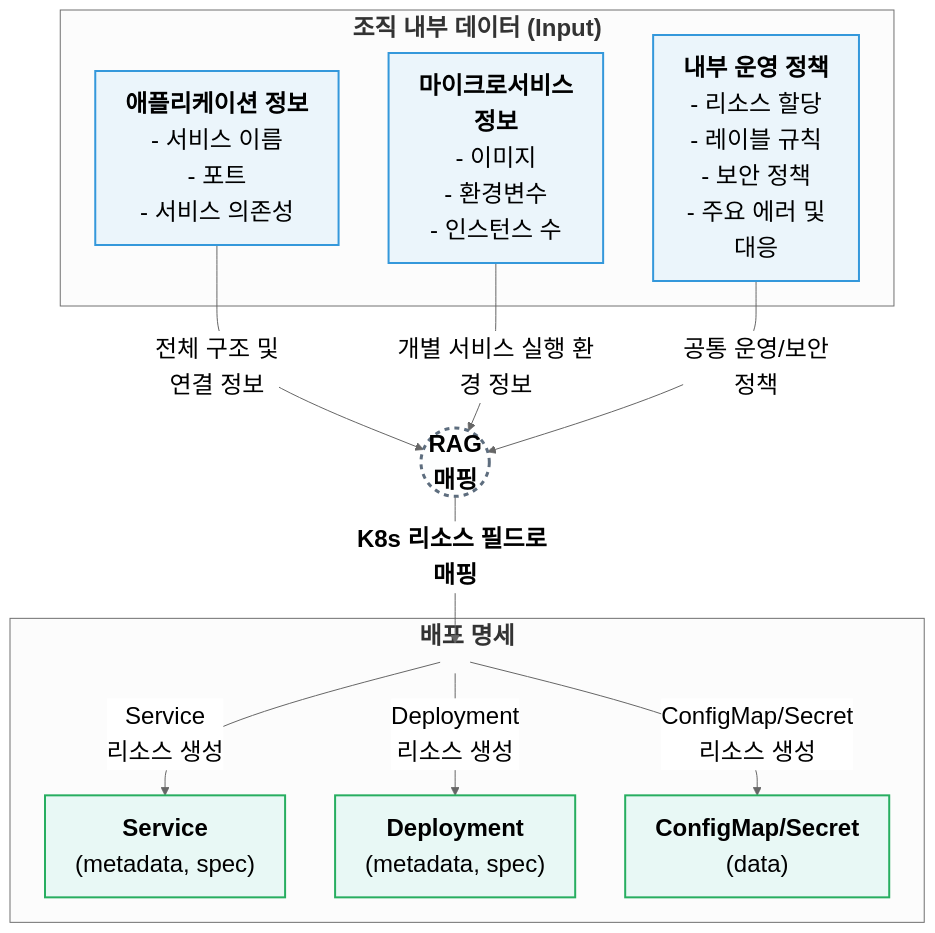
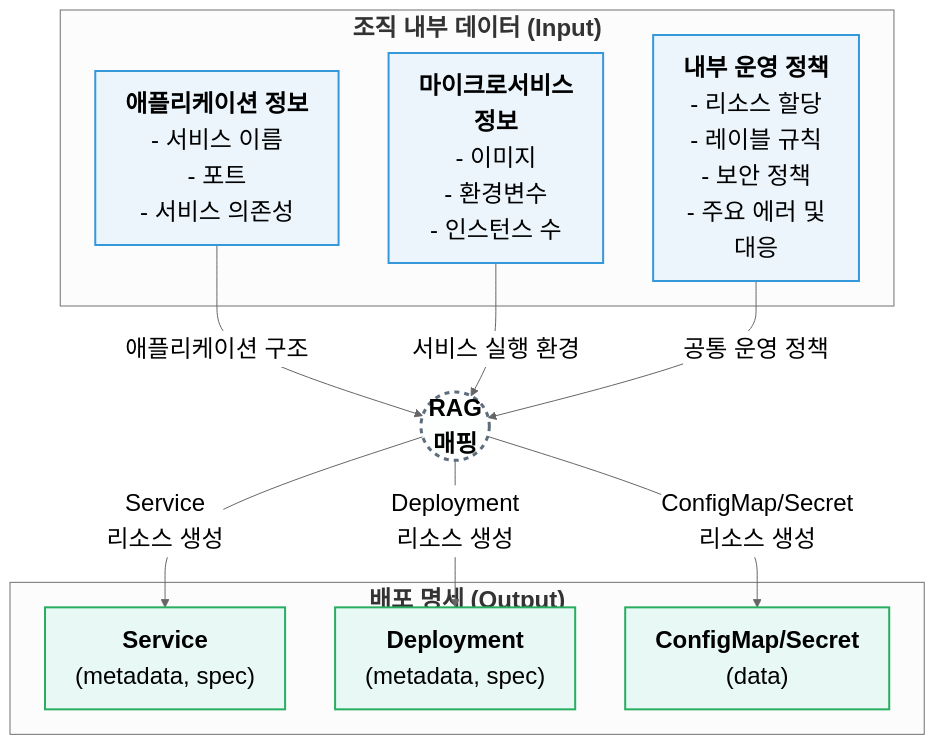
The first of 5 diagrams in README.md (pnucse-capstone2025/Capstone-2025-team-14), drawn with Mermaid before and after one commit. The commit also changed other lines of this file, not shown here.

Commit message:
chore(readme): fix mermaid diagram

````diff
--- a/README.md
+++ b/README.md
@@ -52,50 +52,43 @@
 ```mermaid
 ---
 config:
   theme: neutral
   layout: dagre
 ---
-
 graph TD%%{init: {'themeVariables': { 'fontSize': '24px' }}}%%
     subgraph "<b>조직 내부 데이터 (Input)</b>"
-        A["<b>애플리케이션 정보</b><br/>- 서비스 이름<br>- 포트<br>- 서비스 의존성"]
-        B["<b>마이크로서비스<br>정보</b><br/>- 이미지<br>- 환경변수<br>- 인스턴스 수"]
-        C["<b>내부 운영 정책</b><br/>- 리소스 할당<br>- 레이블 규칙<br>- 보안 정책 "<br>- 주요 에러 및<br>대응]
+        A["<b>애플리케이션 정보</b><br/>- 서비스 이름<br/>- 포트<br/>- 서비스 의존성"]
+        B["<b>마이크로서비스<br>정보</b><br/>- 이미지<br/>- 환경변수<br/>- 인스턴스 수"]
+        C["<b>내부 운영 정책</b><br/>- 리소스 할당<br/>- 레이블 규칙<br/>- 보안 정책 <br/>- 주요 에러 및<br>대응"]
     end
 
     Generator((<b>RAG<br/>매핑</b>))
 
-    subgraph "<b>배포 명세</b>"
-        entry_point(" ")
-        style entry_point fill:none,stroke:none
-
+    subgraph "<b>배포 명세 (Output)</b>"
         D["<b>Service</b><br/>(metadata, spec)"]
         E["<b>Deployment</b><br/>(metadata, spec)"]
         F["<b>ConfigMap/Secret</b><br/>(data)"]
-        
-        entry_point -- "Service<br>리소스 생성" --> D
-        entry_point -- "Deployment<br>리소스 생성" --> E
-        entry_point -- "ConfigMap/Secret<br/>리소스 생성" --> F
     end
 
-    A -- "전체 구조 및<br>연결 정보" --> Generator
-    B -- "개별 서비스 실행 환경 정보" --> Generator
-    C -- "공통 운영/보안<br>정책" --> Generator
+    A -- "애플리케이션 구조" --> Generator
+    B -- "서비스 실행 환경" --> Generator
+    C -- "공통 운영 정책" --> Generator
     
-    Generator -- "<b>K8s 리소스 필드로 매핑</b>" --> entry_point
+    Generator -- "Service<br>리소스 생성" --> D
+    Generator -- "Deployment<br>리소스 생성" --> E
+    Generator -- "ConfigMap/Secret<br>리소스 생성" --> F
 
-    %% Style Definitions    
+    %% Style Definitions
     %% Inputs: Blue Theme
     style A fill:#EBF5FB,stroke:#3498DB,stroke-width:2px
     style B fill:#EBF5FB,stroke:#3498DB,stroke-width:2px
     style C fill:#EBF5FB,stroke:#3498DB,stroke-width:2px
     
     %% Processor: Neutral Theme
     style Generator fill:#FDFEFE,stroke:#5D6D7E,stroke-width:3px,stroke-dasharray: 5 5
     
     %% Outputs: Green Theme
     style D fill:#E8F8F5,stroke:#27AE60,stroke-width:2px
     style E fill:#E8F8F5,stroke:#27AE60,stroke-width:2px
     style F fill:#E8F8F5,stroke:#27AE60,stroke-width:2px
-
 ```
````
